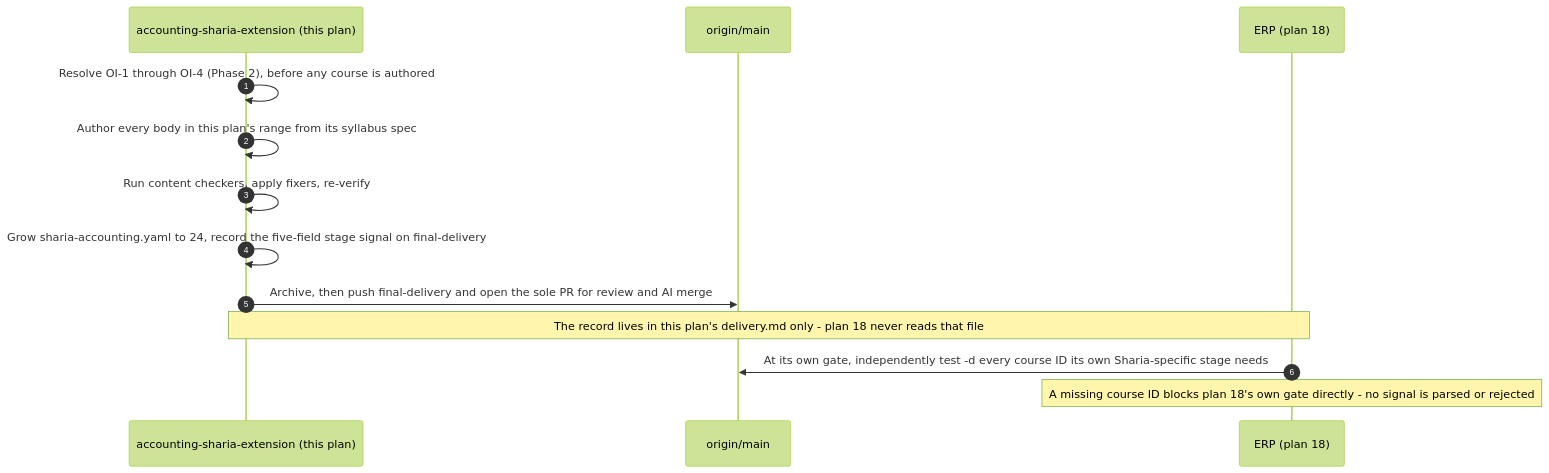
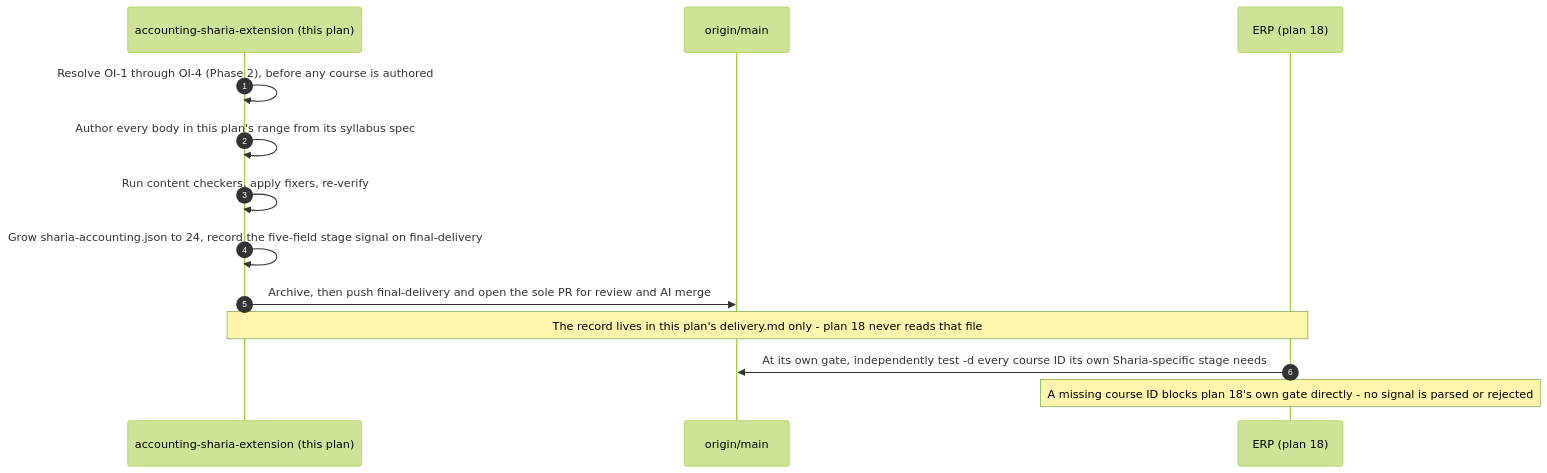
The second of 2 diagrams in plans/backlog/ayokoding-learning-path-16-skills-accounting-sharia-extension/tech-docs.md (wahidyankf/open-sharia-fintech), drawn with Mermaid (forest theme) before and after one commit. The commit also changed other lines of this file and 70 other files, not shown here.

````diff
--- a/plans/backlog/ayokoding-learning-path-16-skills-accounting-sharia-extension/tech-docs.md
+++ b/plans/backlog/ayokoding-learning-path-16-skills-accounting-sharia-extension/tech-docs.md
@@ -381,17 +376,17 @@
 ```mermaid
 %% Order of operations for this plan's stage signal.
 sequenceDiagram
     autonumber
     participant P16 as accounting-sharia-extension (this plan)
     participant Main as origin/main
     participant P18 as ERP (plan 18)
 
     P16->>P16: Resolve OI-1 through OI-4 (Phase 2), before any course is authored
     P16->>P16: Author every body in this plan's range from its syllabus spec
     P16->>P16: Run content checkers, apply fixers, re-verify
-    P16->>P16: Grow sharia-accounting.yaml to 24, record the five-field stage signal on final-delivery
+    P16->>P16: Grow sharia-accounting.json to 24, record the five-field stage signal on final-delivery
     P16->>Main: Archive, then push final-delivery and open the sole PR for review and AI merge
     Note over P16,P18: The record lives in this plan's delivery.md only - plan 18 never reads that file
     P18->>Main: At its own gate, independently test -d every course ID its own Sharia-specific stage needs
     Note over P18: A missing course ID blocks plan 18's own gate directly - no signal is parsed or rejected
 ```
````
